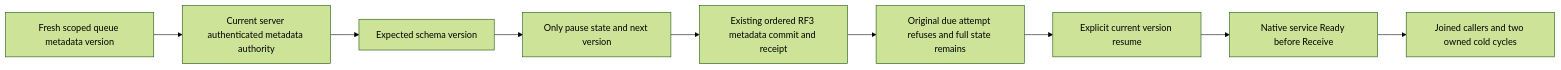
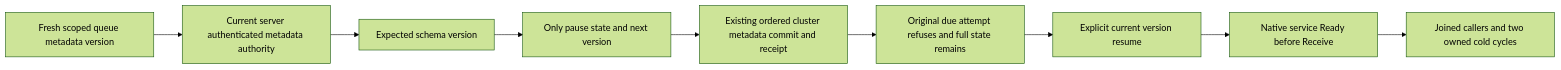
One commit to managedcode/KeyLoad changed the diagram in docs/Features/Messaging/QueueDispatchControl.md. Above: the diagram before and after it, drawn with Mermaid (forest theme). The commit also changed other lines of this file and 7356 other files, not shown here.

````diff
--- a/docs/Features/Messaging/QueueDispatchControl.md
+++ b/docs/Features/Messaging/QueueDispatchControl.md
@@ -29,11 +27,11 @@
 ```mermaid
 flowchart LR
     Read[Fresh scoped queue metadata version] --> Authority[Current server authenticated metadata authority]
     Authority --> CAS[Expected schema version]
     CAS --> Dispatch[Only pause state and next version]
-    Dispatch --> Commit[Existing ordered RF3 metadata commit and receipt]
+    Dispatch --> Commit[Existing ordered cluster metadata commit and receipt]
     Commit --> Paused[Original due attempt refuses and full state remains]
     Paused --> Resume[Explicit current version resume]
     Resume --> Ready[Native service Ready before Receive]
     Ready --> Cold[Joined callers and two owned cold cycles]
 ```
````
